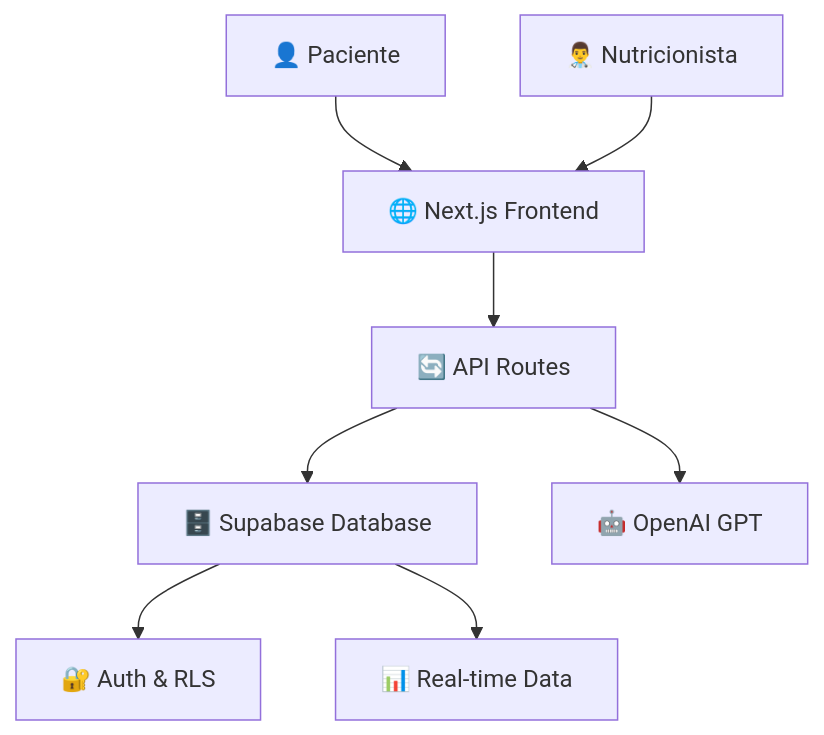
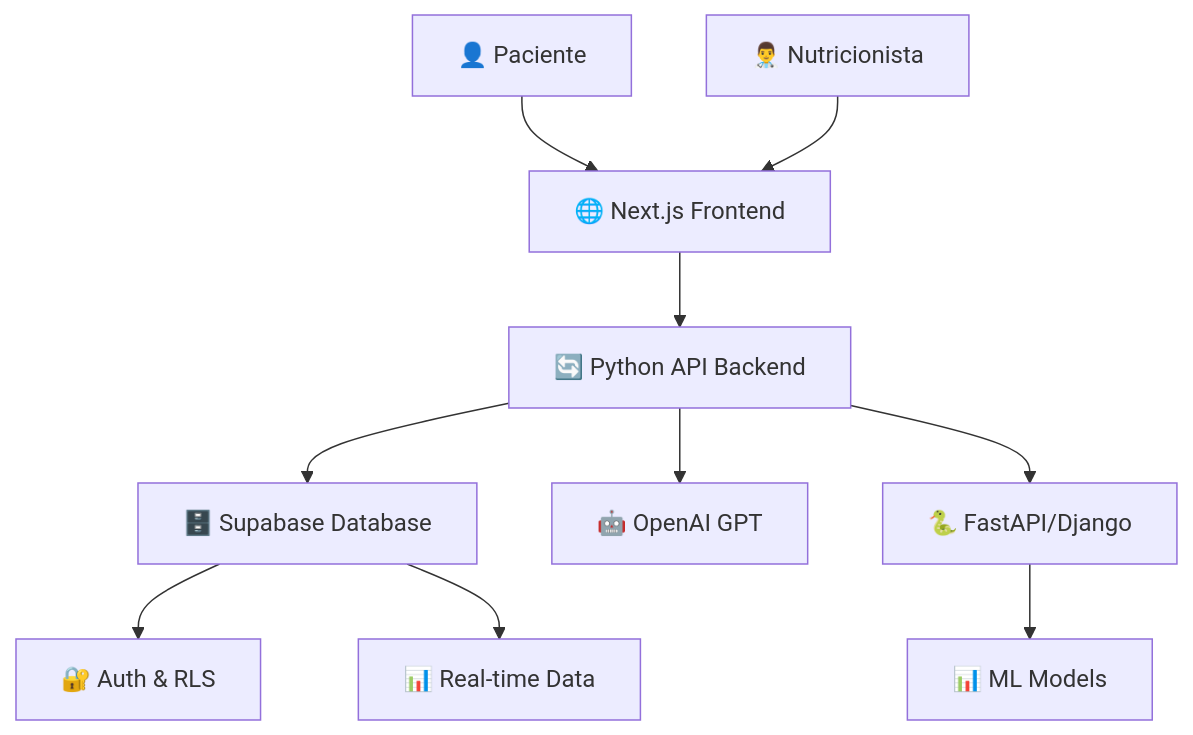
One commit to ValenBorras/nutritional-coach changed the first of 2 diagrams in README.md. Above: the diagram before and after it, drawn with Mermaid. The commit also changed other lines of this file, not shown here.

````diff
--- a/README.md
+++ b/README.md
@@ -121,10 +121,12 @@
 ```mermaid
 graph TB
     A[👤 Paciente] --> B[🌐 Next.js Frontend]
     C[👨‍⚕️ Nutricionista] --> B
-    B --> D[🔄 API Routes]
+    B --> D[🔄 Python API Backend]
     D --> E[🗄️ Supabase Database]
     D --> F[🤖 OpenAI GPT]
     E --> G[🔐 Auth & RLS]
     E --> H[📊 Real-time Data]
+    D --> I[🐍 FastAPI/Django]
+    I --> J[📊 ML Models]
 ```
````
